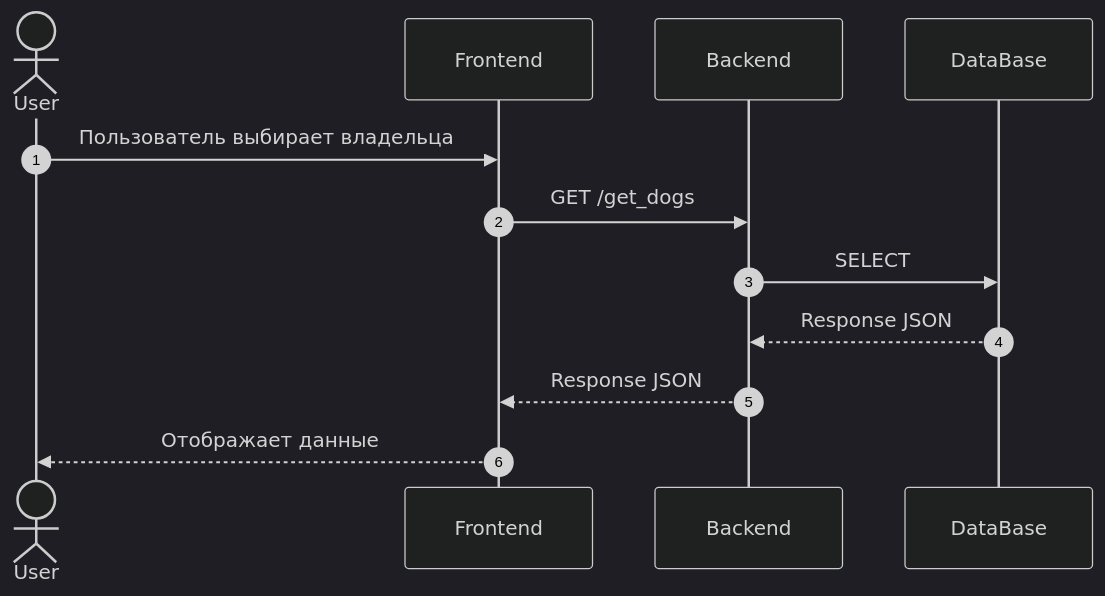
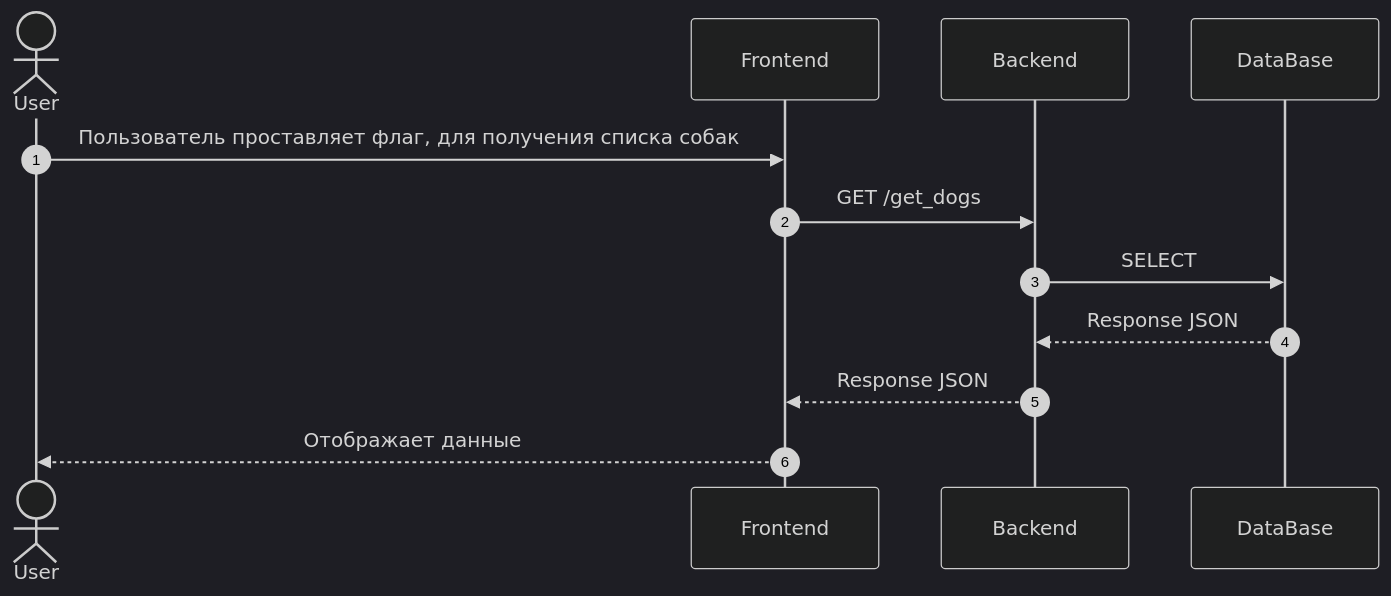
Before and after one commit to glee921/VetClinic: the diagram in Dogs.md, drawn with Mermaid (dark theme). The commit also changed other lines of this file, not shown here.

```diff
--- a/Dogs.md
+++ b/Dogs.md
@@ -20,16 +20,16 @@
 {{< mermaid >}} 
 sequenceDiagram 
     
     autonumber
     actor User
     participant Frontend
     participant Backend
     participant DataBase
-    User ->> Frontend: Пользователь выбирает владельца
+    User ->> Frontend: Пользователь проставляет флаг, для получения списка собак 
     Frontend ->> Backend: GET /get_dogs
     Backend ->> DataBase: SELECT
     DataBase -->> Backend: Response JSON
     Backend -->> Frontend: Response JSON
     Frontend -->> User: Отображает данные
     
 {{< /mermaid >}} 
```
